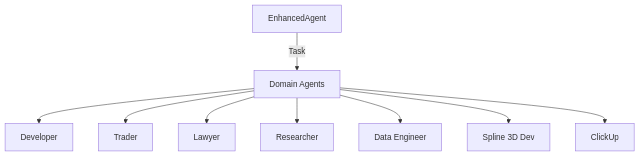
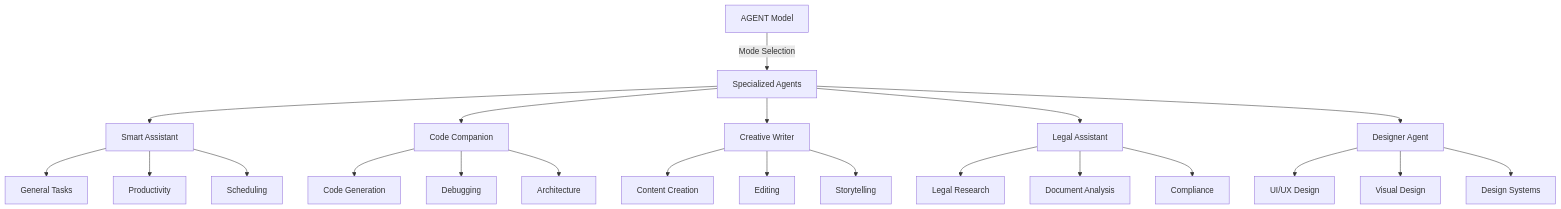
One commit to elicharlese/ECE-AGENT changed the diagram in docs/architecture/domain_agents.md. Above: the diagram before and after it, drawn with Mermaid. The commit also changed other lines of this file and 60 other files, not shown here.

````diff
--- a/docs/architecture/domain_agents.md
+++ b/docs/architecture/domain_agents.md
@@ -3,11 +3,29 @@
 ```mermaid
 graph TD
-    A[EnhancedAgent] -->|Task| B[Domain Agents]
-    B --> B1[Developer]
-    B --> B2[Trader]
-    B --> B3[Lawyer]
-    B --> B4[Researcher]
-    B --> B5[Data Engineer]
-    B --> B6[Spline 3D Dev]
-    B --> B7[ClickUp]
+    A[AGENT Model] -->|Mode Selection| B[Specialized Agents]
+    B --> B1[Smart Assistant]
+    B --> B2[Code Companion]
+    B --> B3[Creative Writer]
+    B --> B4[Legal Assistant]
+    B --> B5[Designer Agent]
+    
+    B1 --> C1[General Tasks]
+    B1 --> C2[Productivity]
+    B1 --> C3[Scheduling]
+    
+    B2 --> D1[Code Generation]
+    B2 --> D2[Debugging]
+    B2 --> D3[Architecture]
+    
+    B3 --> E1[Content Creation]
+    B3 --> E2[Editing]
+    B3 --> E3[Storytelling]
+    
+    B4 --> F1[Legal Research]
+    B4 --> F2[Document Analysis]
+    B4 --> F3[Compliance]
+    
+    B5 --> G1[UI/UX Design]
+    B5 --> G2[Visual Design]
+    B5 --> G3[Design Systems]
 ```
````
